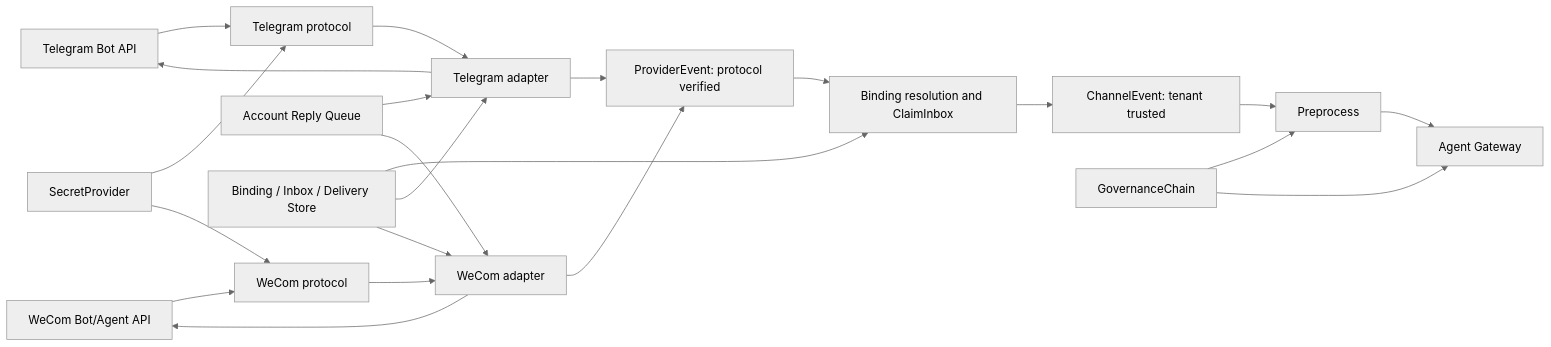
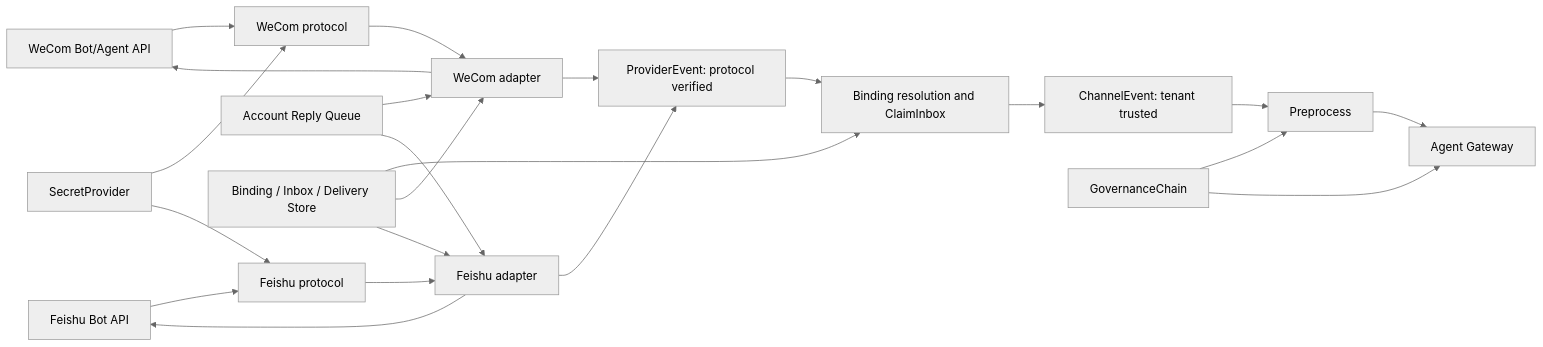
Before and after one commit to everfid-ever/trpc-agent-service: the first of 6 diagrams in docs/design/4.channel-governance-security-design.md, drawn with Mermaid (neutral theme). The commit also changed other lines of this file and 8 other files, not shown here.

````diff
--- a/docs/design/4.channel-governance-security-design.md
+++ b/docs/design/4.channel-governance-security-design.md
@@ -19,24 +84,24 @@
 ```mermaid
 flowchart LR
-    TG[Telegram Bot API] --> TGP[Telegram protocol]
     WC[WeCom Bot/Agent API] --> WCP[WeCom protocol]
-    TGP --> TGA[Telegram adapter]
+    FS[Feishu Bot API] --> FSP[Feishu protocol]
     WCP --> WCA[WeCom adapter]
-    TGA --> PE[ProviderEvent: protocol verified]
-    WCA --> PE
+    FSP --> FSA[Feishu adapter]
+    WCA --> PE[ProviderEvent: protocol verified]
+    FSA --> PE
     PE --> BC[Binding resolution and ClaimInbox]
     BC --> CE[ChannelEvent: tenant trusted]
     CE --> PP[Preprocess]
     PP --> GW[Agent Gateway]
-    RQ[Account Reply Queue] --> TGA
-    RQ --> WCA
-    TGA --> TG
+    RQ[Account Reply Queue] --> WCA
+    RQ --> FSA
     WCA --> WC
+    FSA --> FS
     BS[Binding / Inbox / Delivery Store] --> BC
-    BS --> TGA
     BS --> WCA
-    SP[SecretProvider] --> TGP
-    SP --> WCP
+    BS --> FSA
+    SP[SecretProvider] --> WCP
+    SP --> FSP
     GC[GovernanceChain] --> PP
     GC --> GW
 ```
````
